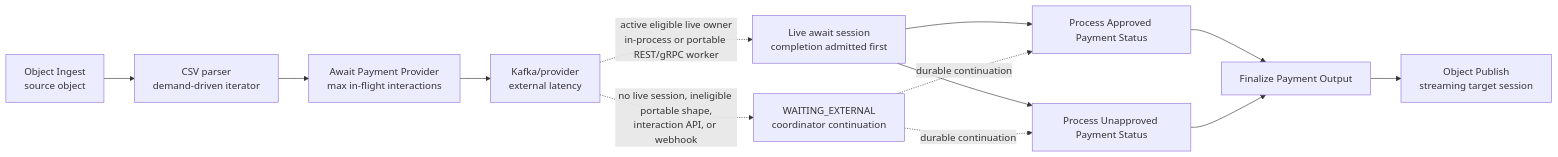
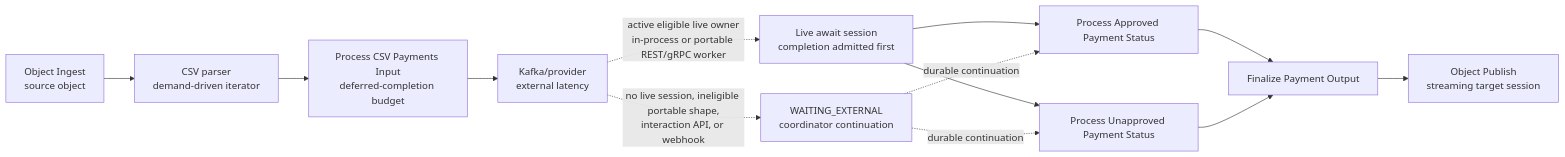
Before and after one commit to The-Pipeline-Framework/pipelineframework: the first of 2 diagrams in docs/deploy/concurrency-and-backpressure.md, drawn with Mermaid. The commit also changed other lines of this file and 168 other files, not shown here.

Commit message:
Make Await an orthogonal deferred-completion modifier

````diff
--- a/docs/deploy/concurrency-and-backpressure.md
+++ b/docs/deploy/concurrency-and-backpressure.md
@@ -99,15 +99,15 @@
 ```mermaid
 flowchart LR
     A["Object Ingest<br/>source object"] --> B["CSV parser<br/>demand-driven iterator"]
-    B --> C["Await Payment Provider<br/>max in-flight interactions"]
+    B --> C["Process CSV Payments Input<br/>deferred-completion budget"]
     C --> D["Kafka/provider<br/>external latency"]
     D -. "active eligible live owner<br/>in-process or portable REST/gRPC worker" .-> E["Live await session<br/>completion admitted first"]
     E --> F["Process Approved Payment Status"]
     E --> G["Process Unapproved Payment Status"]
     F --> H["Finalize Payment Output"]
     G --> H
     H --> I["Object Publish<br/>streaming target session"]
     D -. "no live session, ineligible portable shape,<br/>interaction API, or webhook" .-> J["WAITING_EXTERNAL<br/>coordinator continuation"]
     J -. "durable continuation" .-> F
     J -. "durable continuation" .-> G
 ```
````
